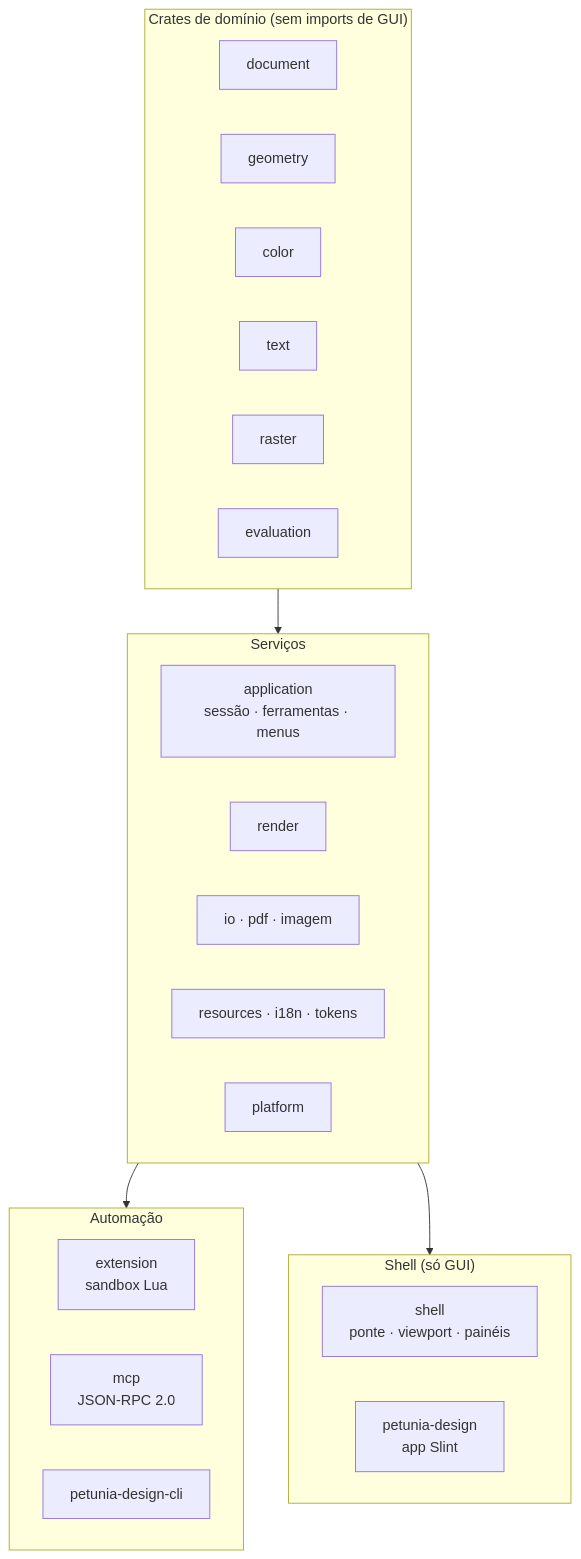
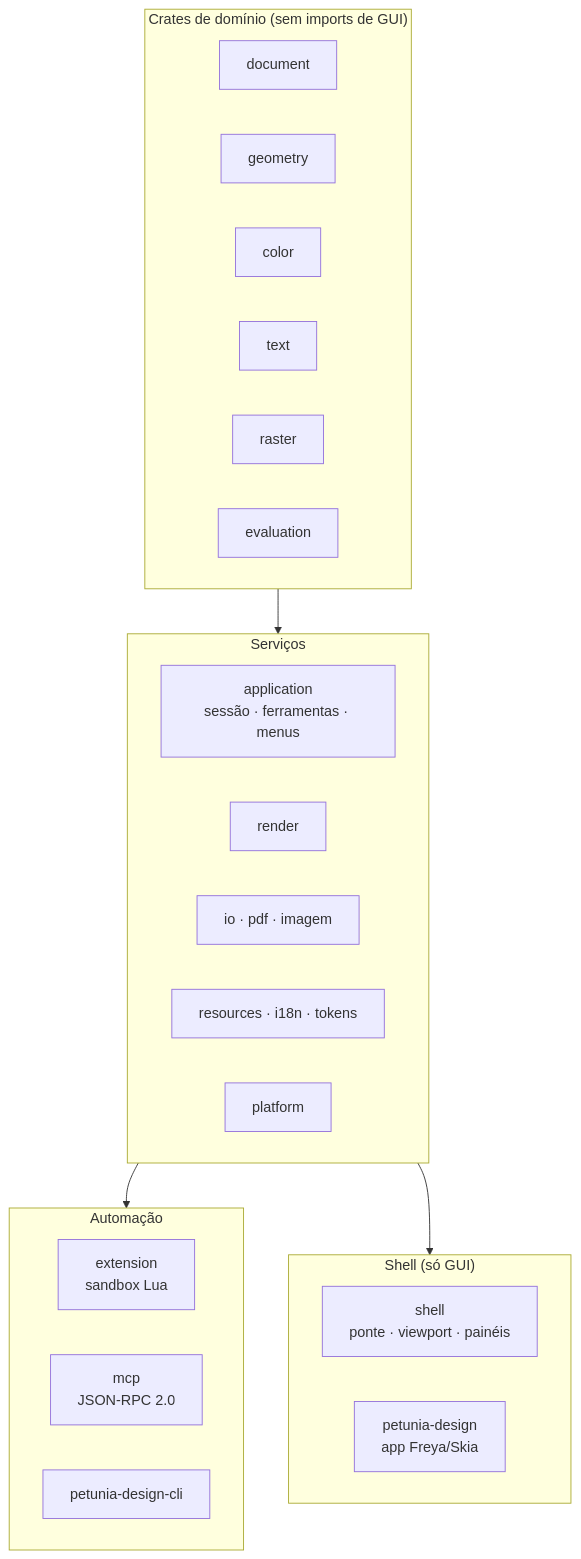
The first of 2 diagrams in docs/pt/developers/index.md (raillen/petunia-design-studio), drawn with Mermaid before and after one commit. The commit also changed other lines of this file and 102 other files, not shown here.

````diff
--- a/docs/pt/developers/index.md
+++ b/docs/pt/developers/index.md
@@ -17,30 +20,30 @@
 ```mermaid
 flowchart TB
   subgraph Domain ["Crates de domínio (sem imports de GUI)"]
     DOC[document]
     GEO[geometry]
     COL[color]
     TXT[text]
     RAS[raster]
     EVA[evaluation]
   end
   subgraph Services ["Serviços"]
     APP[application<br/>sessão · ferramentas · menus]
     REN[render]
     IO[io · pdf · imagem]
     RES[resources · i18n · tokens]
     PLAT[platform]
   end
   subgraph Automation ["Automação"]
     EXT[extension<br/>sandbox Lua]
     MCP[mcp<br/>JSON-RPC 2.0]
     CLI[petunia-design-cli]
   end
   subgraph Shell ["Shell (só GUI)"]
     SH[shell<br/>ponte · viewport · painéis]
-    UI[petunia-design<br/>app Slint]
+    UI[petunia-design<br/>app Freya/Skia]
   end
   Domain --> Services
   Services --> Automation
   Services --> Shell
 ```
````
